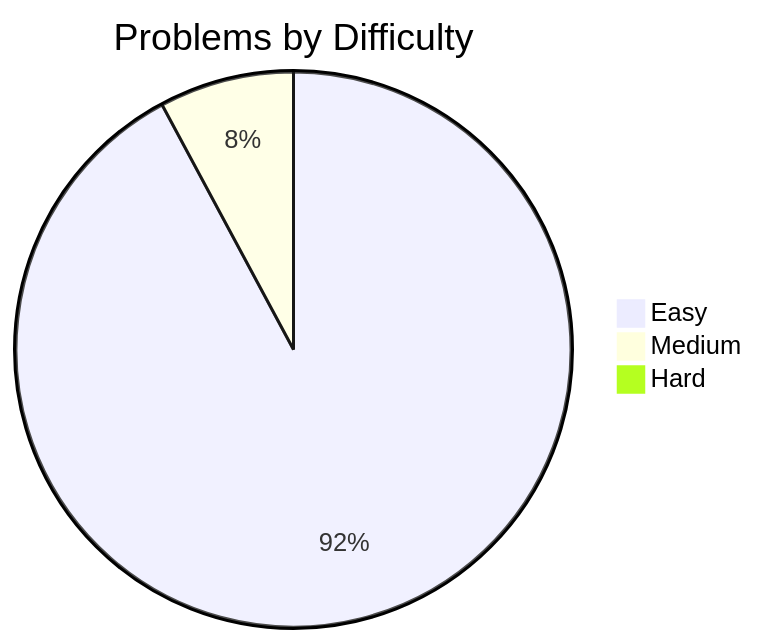
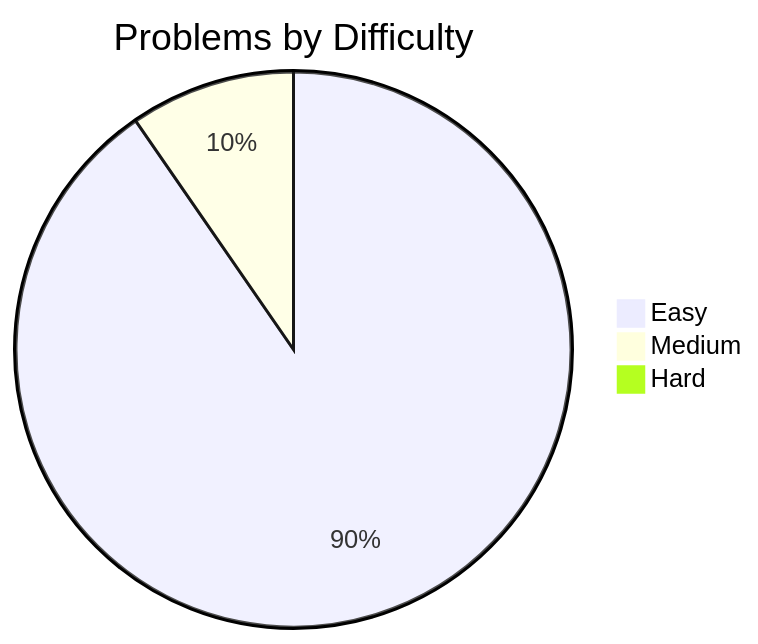
The diagram in README.md (davelin18yufan/leetcode-journal), drawn with Mermaid before and after one commit. The commit also changed other lines of this file and 4 other files, not shown here.

````diff
--- a/README.md
+++ b/README.md
@@ -7,7 +7,7 @@
 ```mermaid
 pie
     title Problems by Difficulty
     "Easy" : 47
-    "Medium" : 4
+    "Medium" : 5
     "Hard" : 0
 ```
````
